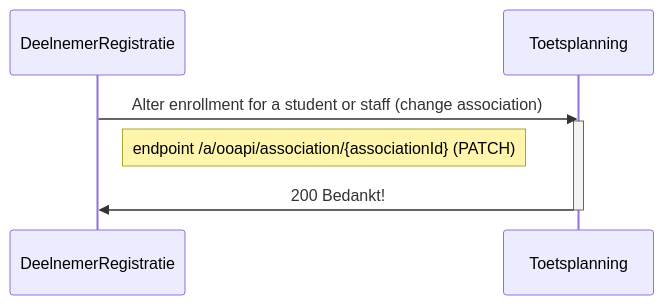
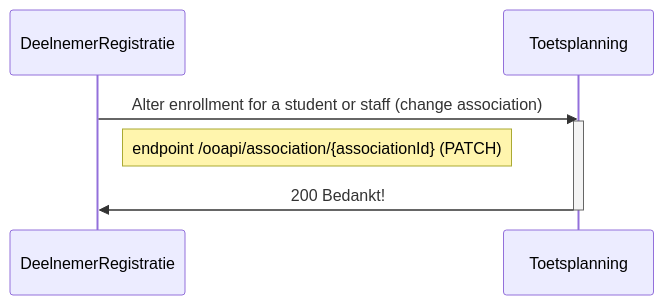
Before and after one commit to NetwerkExamineringDigitalisering/NED-OOAPI: the second of 7 diagrams in doc/flow1.md, drawn with Mermaid. The commit also changed other lines of this file and 4 other files, not shown here.

````diff
--- a/doc/flow1.md
+++ b/doc/flow1.md
@@ -97,11 +97,11 @@
 ```mermaid
 sequenceDiagram
     participant DeelnemerRegistratie
     participant Toetsplanning
     DeelnemerRegistratie->>Toetsplanning: Alter enrollment for a student or staff (change association)
     activate Toetsplanning
-    Note right of DeelnemerRegistratie: endpoint /a/ooapi/association/{associationId} (PATCH)
+    Note right of DeelnemerRegistratie: endpoint /ooapi/association/{associationId} (PATCH)
     Toetsplanning->>DeelnemerRegistratie: 200 Bedankt!
     deactivate Toetsplanning
 
 ```
````
